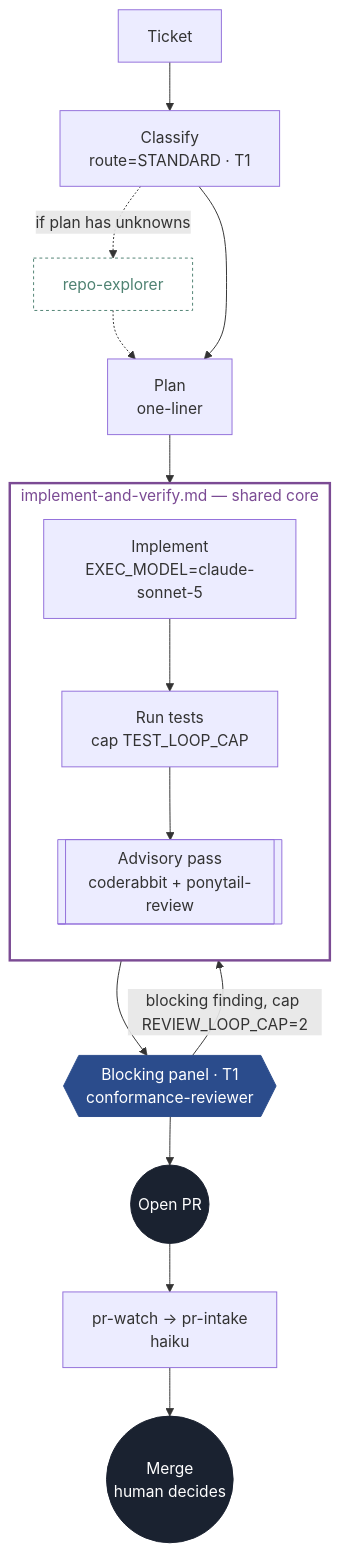
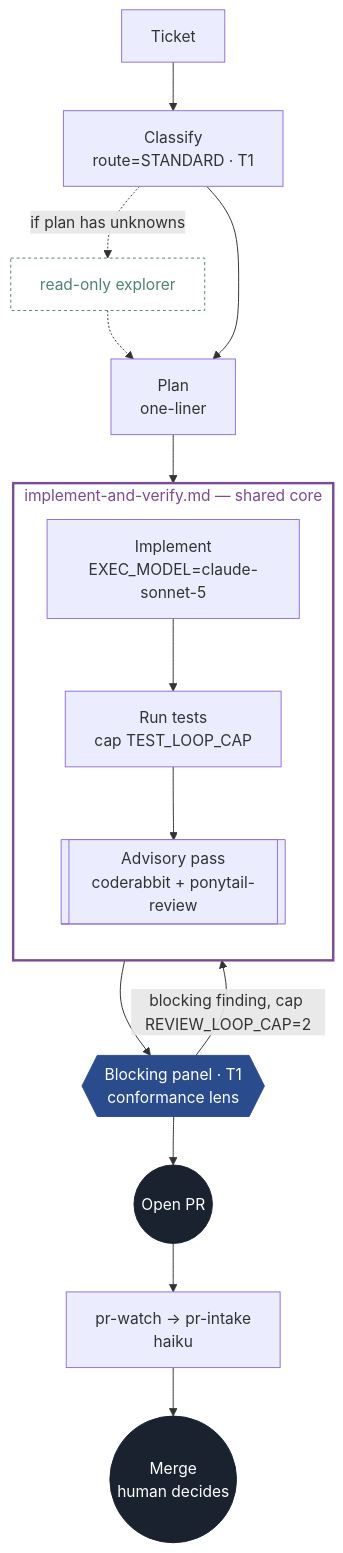
Before and after one commit to aanojima/software-factory: the second of 8 diagrams in README.md, drawn with Mermaid. The commit also changed other lines of this file and 50 other files, not shown here.

````diff
--- a/README.md
+++ b/README.md
@@ -166,27 +168,27 @@
 ```mermaid
 flowchart TD
     classDef advisory fill:transparent,stroke:#4F8272,color:#4F8272,stroke-width:1px,stroke-dasharray:3 3;
     classDef block fill:#2B4C8C,stroke:#2B4C8C,color:#fff;
     classDef gate fill:transparent,stroke:#B5651D,color:#B5651D,stroke-width:2px;
     classDef terminal fill:#1A2230,stroke:#1A2230,color:#fff;
     classDef core fill:transparent,stroke:#7B4B94,color:#7B4B94,stroke-width:2.5px;
     A[Ticket] --> B0["Classify<br/>route=STANDARD · T1"]
-    B0 -.->|if plan has unknowns| X["repo-explorer"]
+    B0 -.->|if plan has unknowns| X["read-only explorer"]
     X -.-> P
     B0 --> P["Plan<br/>one-liner"]
     P --> B
     subgraph CORE2["implement-and-verify.md — shared core"]
         direction TB
         B["Implement<br/>EXEC_MODEL=claude-sonnet-5"] --> C["Run tests<br/>cap TEST_LOOP_CAP"]
         C --> D[["Advisory pass<br/>coderabbit + ponytail-review"]]
     end
-    D --> F{{"Blocking panel · T1<br/>conformance-reviewer"}}
+    D --> F{{"Blocking panel · T1<br/>conformance lens"}}
     F -->|blocking finding, cap REVIEW_LOOP_CAP=2| B
     F --> G(("Open PR"))
     G --> H["pr-watch → pr-intake<br/>haiku"]
     H --> I(("Merge<br/>human decides"))
     class X advisory
     class F block
     class G,I terminal
     class CORE2 core
 ```
````
